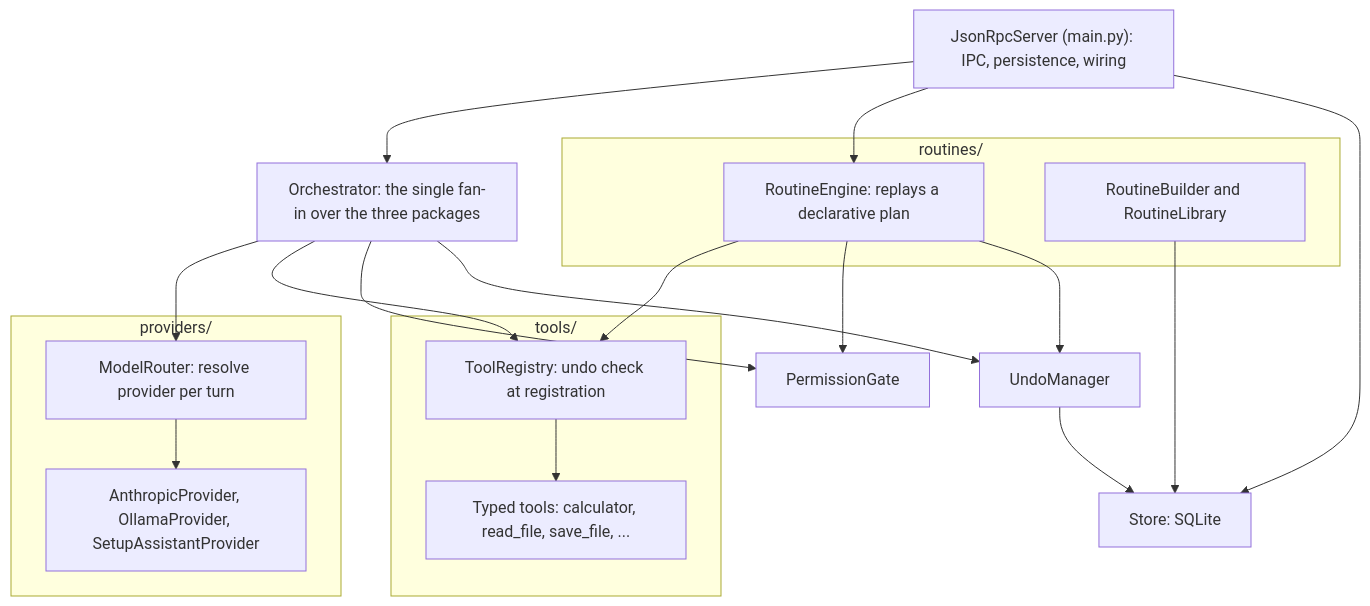
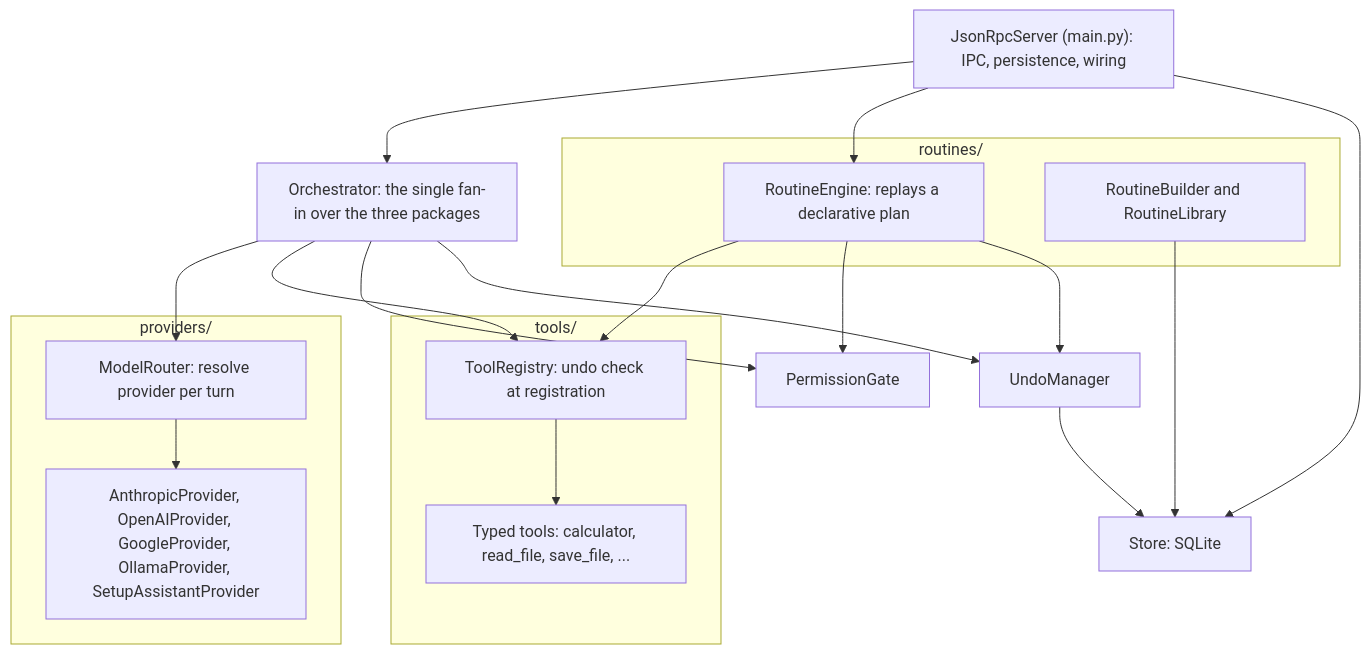
One commit to N041M/Addison changed the second of 2 diagrams in docs/architecture.md. Above: the diagram before and after it, drawn with Mermaid. The commit also changed other lines of this file and 24 other files, not shown here.

First line of the commit message:
Providers into v1: OpenAI, Google, OpenAI-compatible + full API-keys card

````diff
--- a/docs/architecture.md
+++ b/docs/architecture.md
@@ -78,37 +78,37 @@
 ```mermaid
 flowchart TB
     Server["JsonRpcServer (main.py): IPC, persistence, wiring"]
     Orch["Orchestrator: the single fan-in over the three packages"]
 
     subgraph tools["tools/"]
         TR["ToolRegistry: undo check at registration"]
         Tool["Typed tools: calculator, read_file, save_file, ..."]
     end
     subgraph providers["providers/"]
         MR["ModelRouter: resolve provider per turn"]
-        Prov["AnthropicProvider, OllamaProvider, SetupAssistantProvider"]
+        Prov["AnthropicProvider, OpenAIProvider, GoogleProvider, OllamaProvider, SetupAssistantProvider"]
     end
     subgraph routines["routines/"]
         RE["RoutineEngine: replays a declarative plan"]
         RBL["RoutineBuilder and RoutineLibrary"]
     end
 
     PG["PermissionGate"]
     UM["UndoManager"]
     Store["Store: SQLite"]
 
     Server --> Orch
     Server --> RE
     Orch --> MR
     MR --> Prov
     Orch --> TR
     TR --> Tool
     Orch --> PG
     Orch --> UM
     RE --> TR
     RE --> PG
     RE --> UM
     UM --> Store
     RBL --> Store
     Server --> Store
 ```
````
